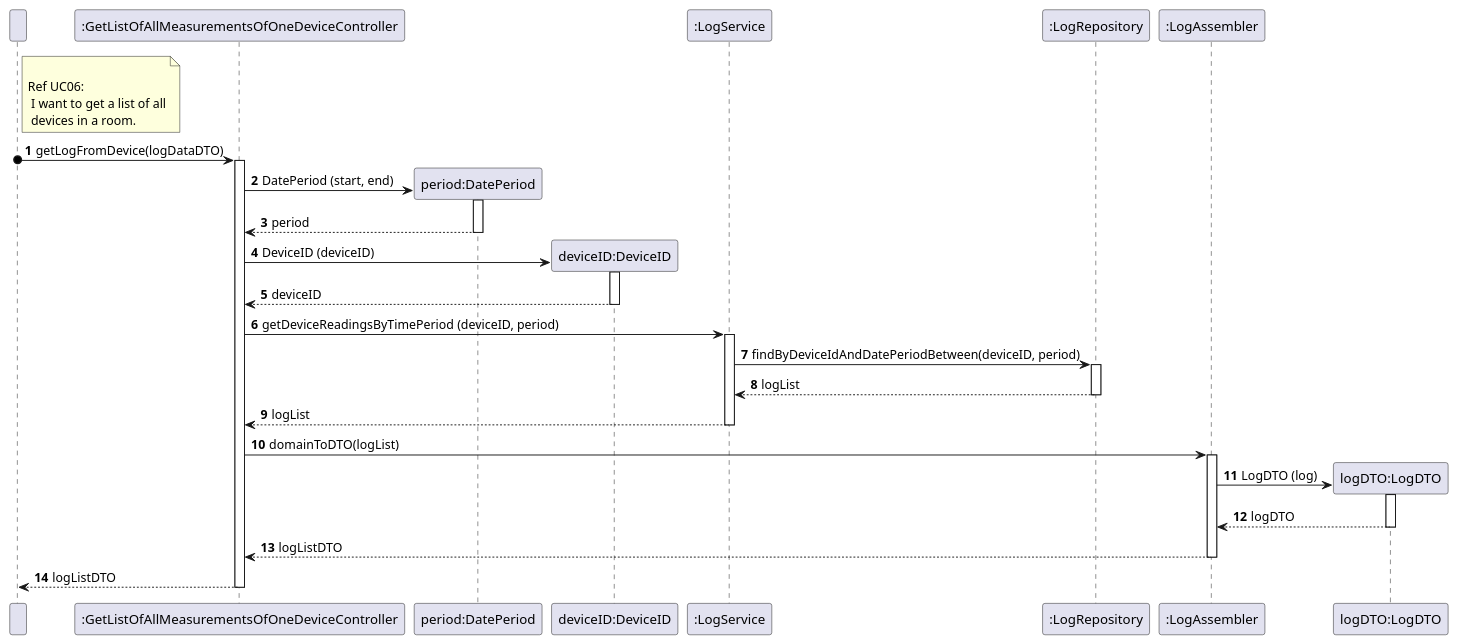
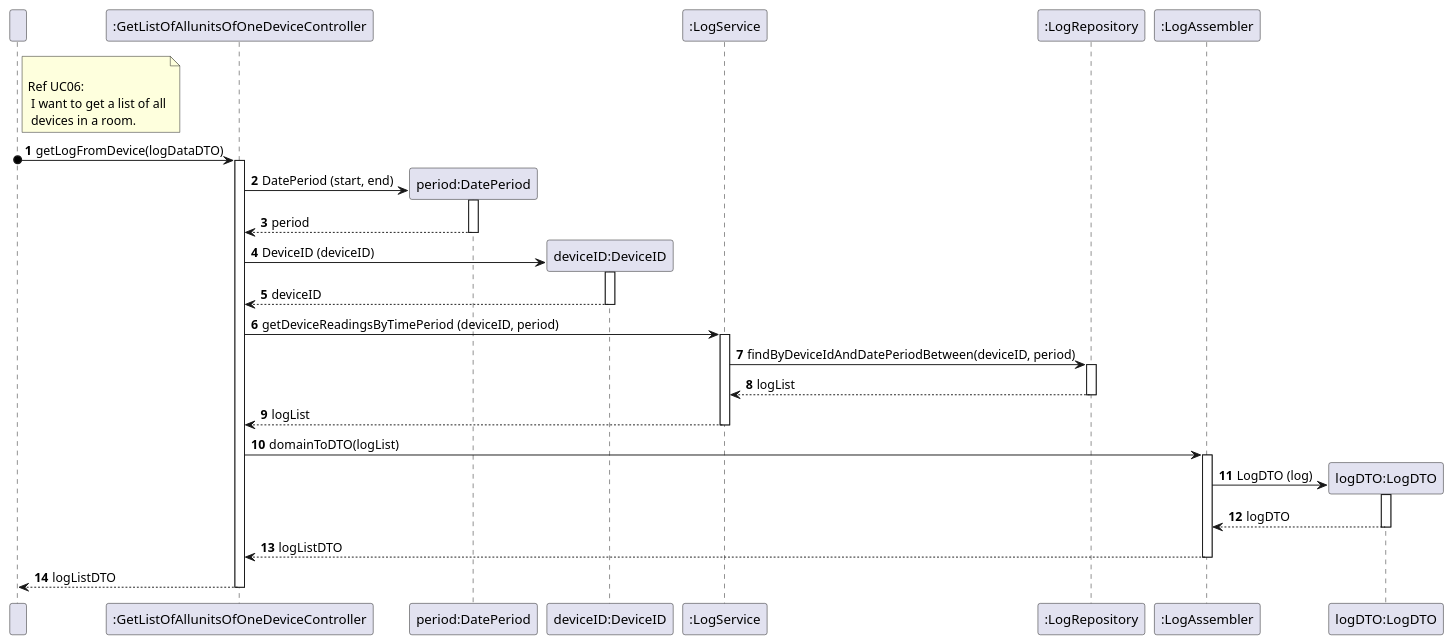
One commit to olivDiogo/SmartHome changed the diagram in docs/useCases/uc11_toGetLogFromDevice/artifacts/uc11_SD.puml. Above: the diagram before and after it, drawn with PlantUML. The commit also changed 42 other files, not shown here.

```diff
--- a/docs/useCases/uc11_toGetLogFromDevice/artifacts/uc11_SD.puml
+++ b/docs/useCases/uc11_toGetLogFromDevice/artifacts/uc11_SD.puml
@@ -1,75 +1,75 @@
 @startuml
 !pragma layout smetana
 
 participant " " as User
-participant ":GetListOfAllMeasurementsOfOneDeviceController" as Controller
+participant ":GetListOfAllunitsOfOneDeviceController" as Controller
 
 participant "period:DatePeriod" as DatePeriod
 participant "deviceID:DeviceID" as DeviceID
 participant ":LogService" as LogService
 participant ":LogRepository" as Repository
 participant ":LogAssembler" as Assembler
 participant "logDTO:LogDTO" as DTO
 
 autonumber
 
 note right of User
 
   Ref UC06:
    I want to get a list of all
    devices in a room.
 end note
 
 
 
 User o-> Controller: getLogFromDevice(logDataDTO)
 
 activate Controller
 'DatePeriod and DeviceID are created
 create DatePeriod
 Controller -> DatePeriod: DatePeriod (start, end)
 activate DatePeriod
 DatePeriod --> Controller: period
 deactivate DatePeriod
 
 create DeviceID
 Controller -> DeviceID: DeviceID (deviceID)
 activate DeviceID
 DeviceID --> Controller: deviceID
 deactivate DeviceID
 
 
-'getAllMeasurementsOfDeviceInGivenPeriod -> getStartDate, getEndDate
+'getAllunitsOfDeviceInGivenPeriod -> getStartDate, getEndDate
 Controller -> LogService: getDeviceReadingsByTimePeriod (deviceID, period)
 
 'getStartDate -> localDateTimeStart
 activate LogService
 
-'findByDeviceIdAndTimeStampBetween -> look in all measurement repositories
+'findByDeviceIdAndTimeStampBetween -> look in all unit repositories
 LogService -> Repository: findByDeviceIdAndDatePeriodBetween(deviceID, period)
 
 activate Repository
 Repository --> LogService: logList
 
 deactivate Repository
 LogService --> Controller: logList
 
 
 deactivate LogService
 Controller -> Assembler: domainToDTO(logList)
 
 activate Assembler
 create DTO
 Assembler -> DTO: LogDTO (log)
 activate DTO
 DTO --> Assembler: logDTO
 
 deactivate DTO
 Assembler --> Controller: logListDTO
 
 deactivate Assembler
 Controller --> User: logListDTO
 deactivate Controller
 
 
 @enduml
```
